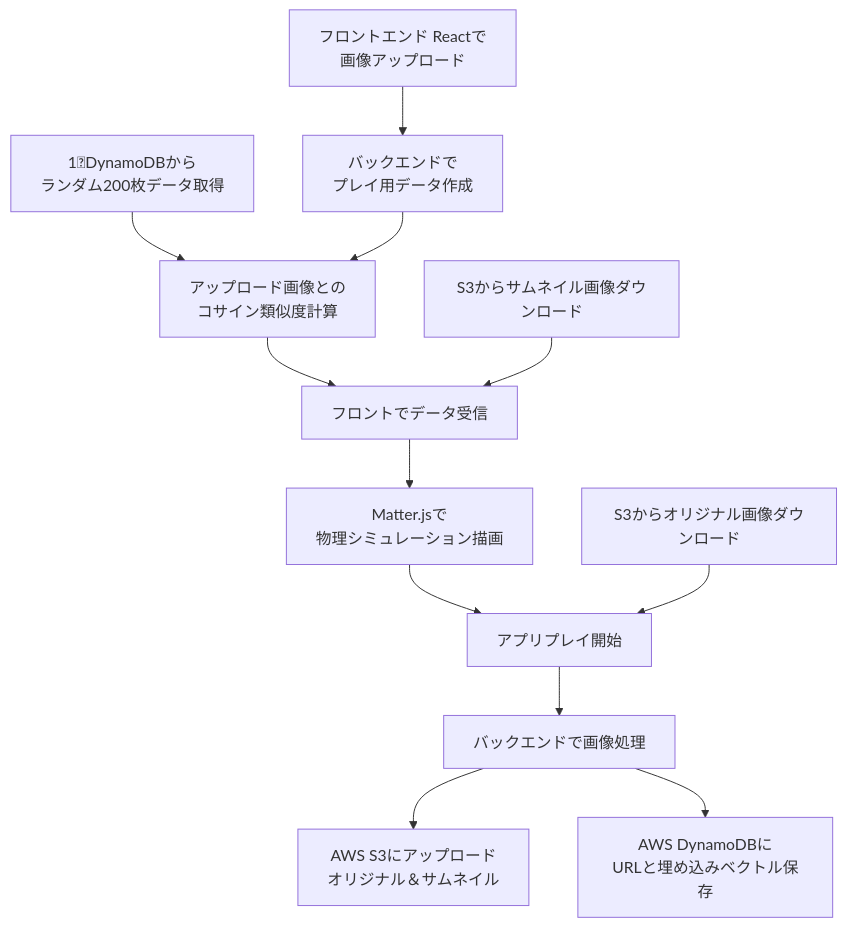
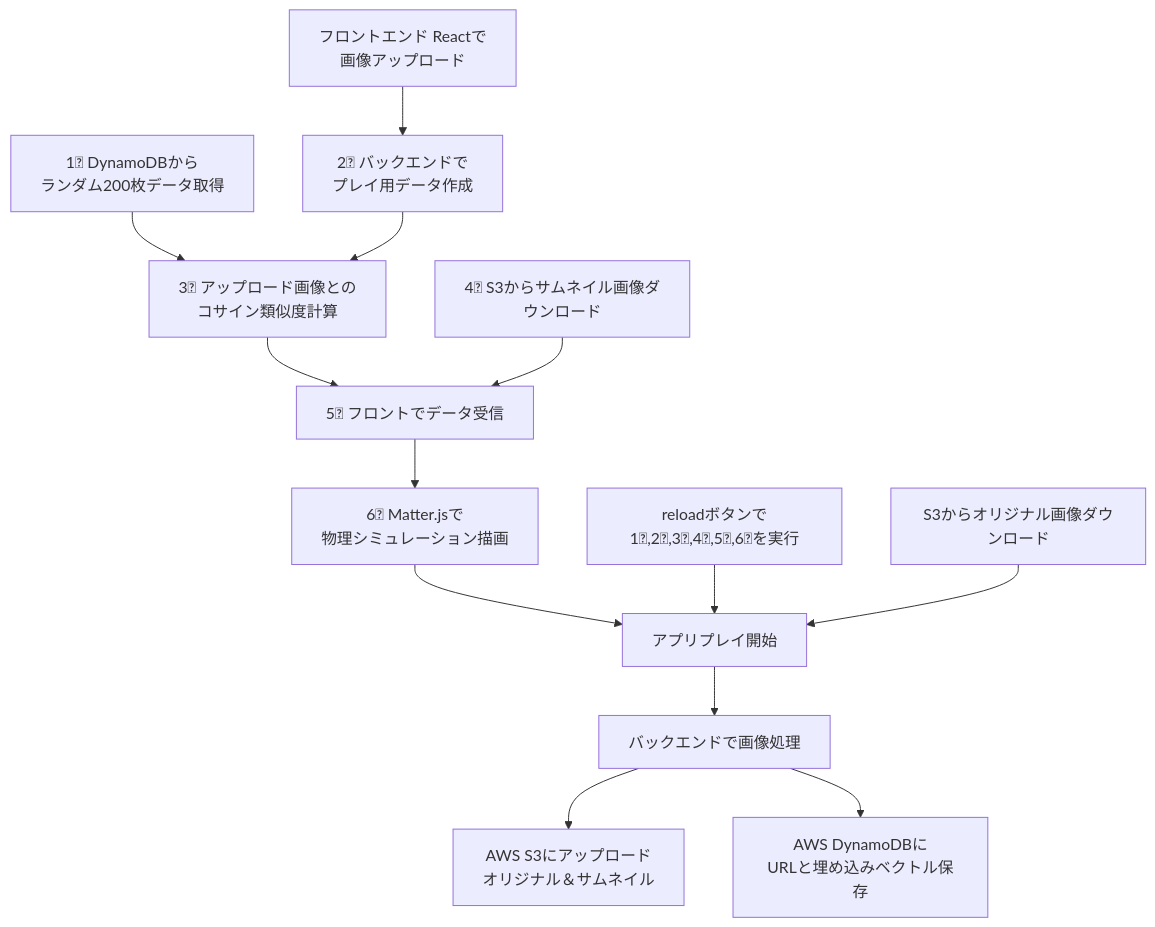
The second of 2 diagrams in similar_image_project/README.md (tukaharu2/portfolio), drawn with Mermaid before and after one commit.

````diff
--- a/similar_image_project/README.md
+++ b/similar_image_project/README.md
@@ -44,14 +44,15 @@
 ```mermaid
 flowchart TD
-    F[フロントエンド Reactで<br>画像アップロード] --> G[バックエンドで<br>プレイ用データ作成]
-    H[1⃣DynamoDBから<br>ランダム200枚データ取得] --> I
-    G --> I[アップロード画像との<br>コサイン類似度計算]
-    I --> J[フロントでデータ受信]
-    K[S3からサムネイル画像ダウンロード]　--> J
-    J --> L[Matter.jsで<br>物理シミュレーション描画]
+    F[フロントエンド Reactで<br>画像アップロード] --> G[2⃣ バックエンドで<br>プレイ用データ作成]
+    H[1⃣ DynamoDBから<br>ランダム200枚データ取得] --> I
+    G --> I[3⃣ アップロード画像との<br>コサイン類似度計算]
+    I --> J[5⃣ フロントでデータ受信]
+    K[4⃣ S3からサムネイル画像ダウンロード]　--> J
+    J --> L[6⃣ Matter.jsで<br>物理シミュレーション描画]
     L --> M[アプリプレイ開始]
+    R[reloadボタンで1⃣,2⃣,3⃣,4⃣,5⃣,6⃣を実行] --> M
     Q[S3からオリジナル画像ダウンロード] --> M
     M --> N[バックエンドで画像処理]
     N --> O[AWS S3にアップロード<br>オリジナル＆サムネイル]
     N --> P[AWS DynamoDBに<br>URLと埋め込みベクトル保存]
 ```
````
